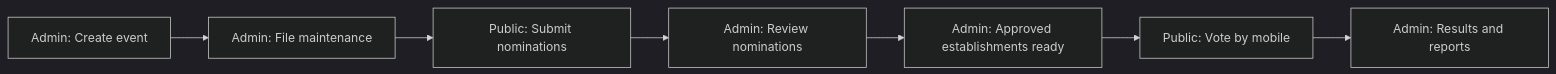
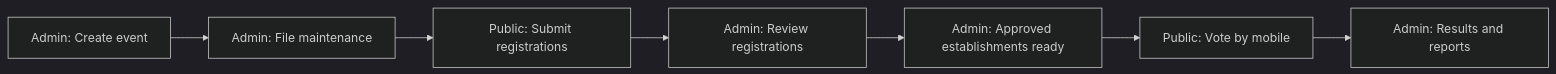
The first of 2 diagrams in docs/USER_MANUAL.md (gallocheryl26-cell/tocca_voting_system), drawn with Mermaid (dark theme) before and after one commit. The commit also changed other lines of this file and 145 other files, not shown here.

````diff
--- a/docs/USER_MANUAL.md
+++ b/docs/USER_MANUAL.md
@@ -58,9 +64,9 @@
 ```mermaid
 flowchart LR
   A[Admin: Create event] --> B[Admin: File maintenance]
-  B --> C[Public: Submit nominations]
-  C --> D[Admin: Review nominations]
+  B --> C[Public: Submit registrations]
+  C --> D[Admin: Review registrations]
   D --> E[Admin: Approved establishments ready]
   E --> F[Public: Vote by mobile]
   F --> G[Admin: Results and reports]
 ```
````
